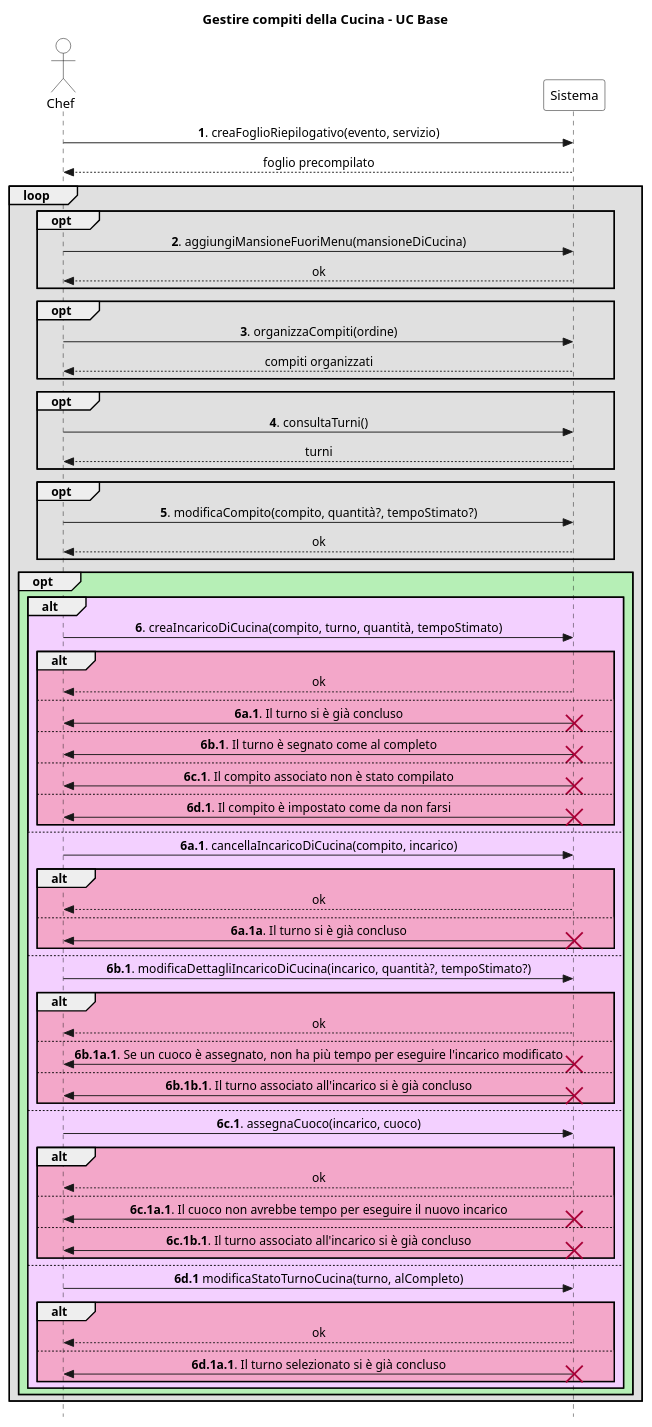
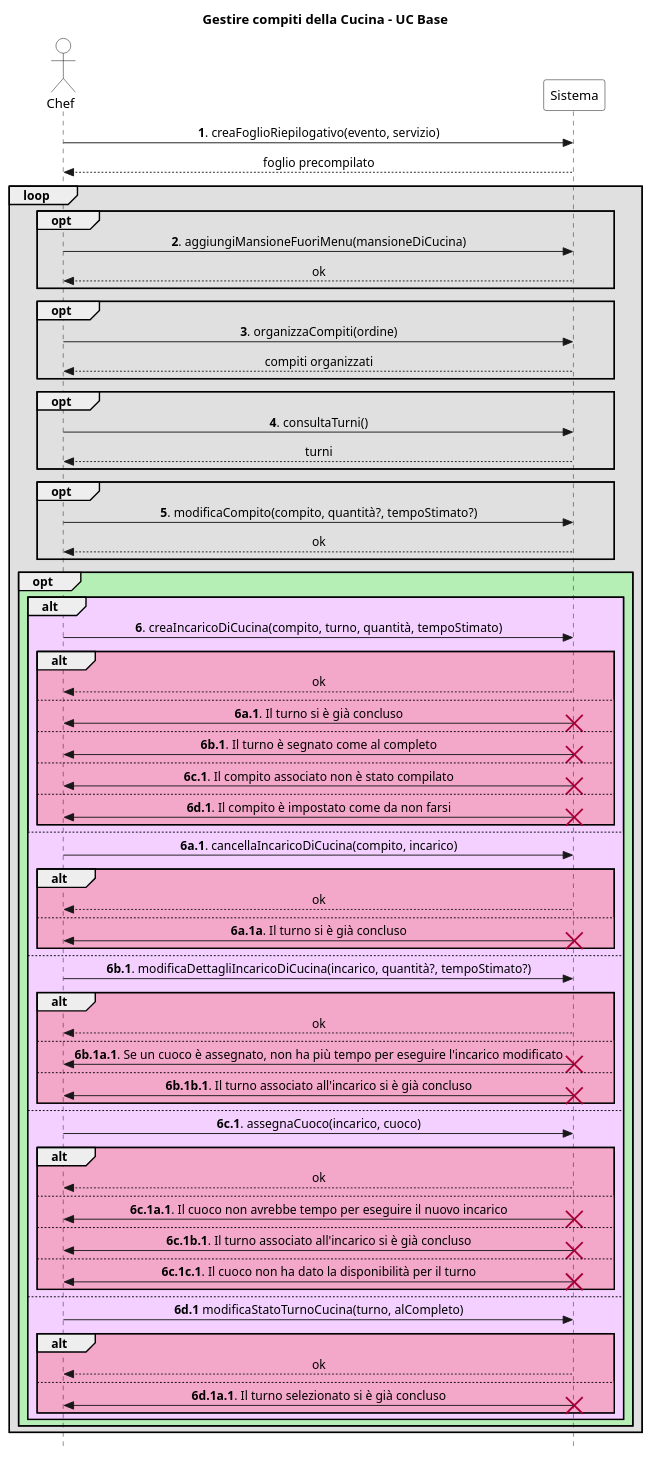
The diagram in UP/Requisiti/UC Gestire Compiti Cucina/SSD/Estensioni-Eccezioni Op6.puml (stefa168/sas-project), drawn with PlantUML before and after one commit.

Commit message:
modificato l'SSD

```diff
--- a/UP/Requisiti/UC Gestire Compiti Cucina/SSD/Estensioni-Eccezioni Op6.puml
+++ b/UP/Requisiti/UC Gestire Compiti Cucina/SSD/Estensioni-Eccezioni Op6.puml
@@ -1,103 +1,106 @@
 @startuml
 skinparam Style strictuml
 skinparam SequenceMessageAlign center
 
 skinparam sequence {
     ActorBorderColor Black
     ActorBackgroundColor White
     ParticipantBorderColor Black
     ParticipantBackgroundColor White
 }
 
 actor Chef
 participant Sistema
 
 title Gestire compiti della Cucina - UC Base
 
 Chef -> Sistema: **1**. creaFoglioRiepilogativo(evento, servizio)
 return foglio precompilato
 
 loop #e0e0e0
     opt #e0e0e0
         Chef -> Sistema: **2**. aggiungiMansioneFuoriMenu(mansioneDiCucina)
         return ok
     end
 
     opt #e0e0e0
         Chef -> Sistema: **3**. organizzaCompiti(ordine)
         return compiti organizzati
     end
 
     opt #e0e0e0
         Chef -> Sistema: **4**. consultaTurni()
         return turni
     end
 
     opt #e0e0e0
         Chef -> Sistema: **5**. modificaCompito(compito, quantità?, tempoStimato?)
         return ok
     end
 
     opt #b6efb6
         alt #f3d0ff
             Chef -> Sistema: **6**. creaIncaricoDiCucina(compito, turno, quantità, tempoStimato)
             alt #f3a7c9
                 return ok
             else
                 Chef <- Sistema: **6a.1**. Il turno si è già concluso
                 destroy Sistema
             else
                 Chef <- Sistema: **6b.1**. Il turno è segnato come al completo
                 destroy Sistema
             else
                 Chef <- Sistema: **6c.1**. Il compito associato non è stato compilato
                 destroy Sistema
             else
                 Chef <- Sistema: **6d.1**. Il compito è impostato come da non farsi
                 destroy Sistema
             end
         else
             Chef -> Sistema: **6a.1**. cancellaIncaricoDiCucina(compito, incarico)
             alt #f3a7c9
                 return ok
             else
                 Chef <- Sistema: **6a.1a**. Il turno si è già concluso
                 destroy Sistema
             end
         else
             Chef -> Sistema: **6b.1**. modificaDettagliIncaricoDiCucina(incarico, quantità?, tempoStimato?)
             alt #f3a7c9
                 return ok
             else
                 Chef <- Sistema: **6b.1a.1**. Se un cuoco è assegnato, non ha più tempo per eseguire l'incarico modificato
                 destroy Sistema
             else
                 Chef <- Sistema: **6b.1b.1**. Il turno associato all'incarico si è già concluso
                 destroy Sistema
             end
         else
             Chef -> Sistema: **6c.1**. assegnaCuoco(incarico, cuoco)
             alt #f3a7c9
                 return ok
             else
                 Chef <- Sistema: **6c.1a.1**. Il cuoco non avrebbe tempo per eseguire il nuovo incarico
                 destroy Sistema
             else
                 Chef <- Sistema: **6c.1b.1**. Il turno associato all'incarico si è già concluso
                 destroy Sistema
+            else
+                Chef <- Sistema: **6c.1c.1**. Il cuoco non ha dato la disponibilità per il turno
+                destroy Sistema
             end
         else
             Chef -> Sistema: **6d.1** modificaStatoTurnoCucina(turno, alCompleto)
             alt #f3a7c9
                 return ok
             else
                 Chef <- Sistema: **6d.1a.1**. Il turno selezionato si è già concluso
                 destroy Sistema
             end
         end
     end
 
 end
 
 
 @enduml
```
